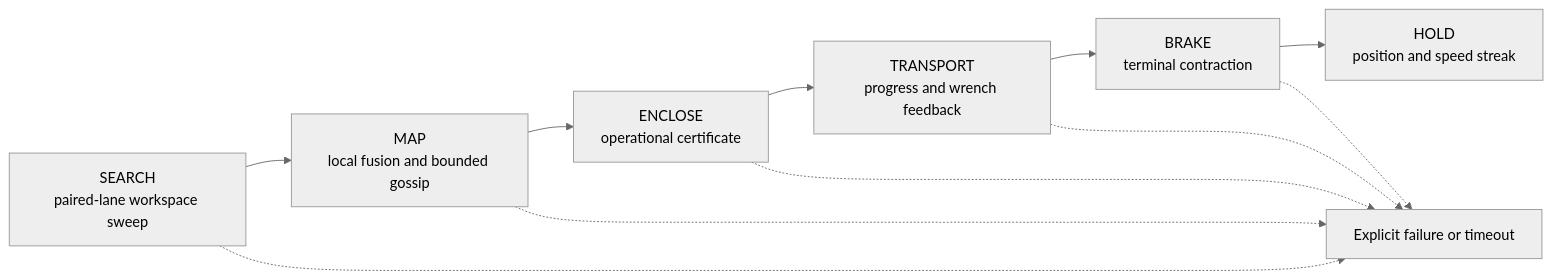
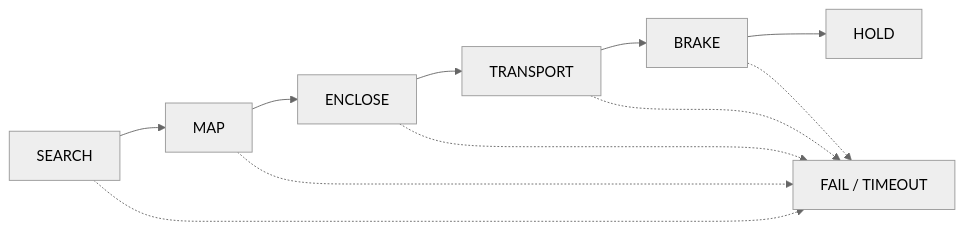
One commit to Wu-kaixin/boundary-aware-cooperative-transport changed the first of 2 diagrams in README.md. Above: the diagram before and after it, drawn with Mermaid (neutral theme).

Commit message:
Polish README phase diagram for GitHub

````diff
--- a/README.md
+++ b/README.md
@@ -81,13 +81,9 @@
 ```mermaid
 flowchart LR
-    S["SEARCH<br/>paired-lane workspace sweep"] --> M["MAP<br/>local fusion and bounded gossip"]
-    M --> E["ENCLOSE<br/>operational certificate"]
-    E --> T["TRANSPORT<br/>progress and wrench feedback"]
-    T --> B["BRAKE<br/>terminal contraction"]
-    B --> H["HOLD<br/>position and speed streak"]
-    S -.-> F["Explicit failure or timeout"]
+    S["SEARCH"] --> M["MAP"] --> E["ENCLOSE"] --> T["TRANSPORT"] --> B["BRAKE"] --> H["HOLD"]
+    S -.-> F["FAIL / TIMEOUT"]
     M -.-> F
     E -.-> F
     T -.-> F
     B -.-> F
 ```
````
